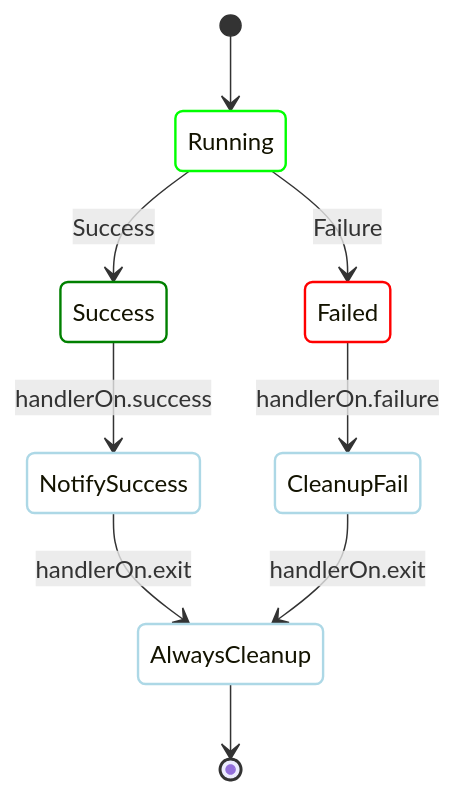
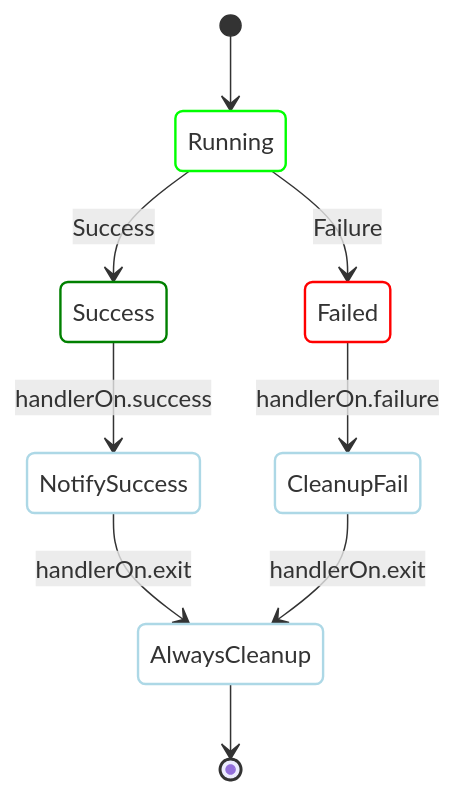
The seventh of 8 diagrams in docs-next/writing-workflows/examples/index.md (dagu-org/dagu), drawn with Mermaid before and after one commit. The commit also changed other lines of this file and 4 other files, not shown here.

````diff
--- a/docs-next/writing-workflows/examples/index.md
+++ b/docs-next/writing-workflows/examples/index.md
@@ -384,21 +384,21 @@
 ```mermaid
 stateDiagram-v2
     [*] --> Running
     Running --> Success: Success
     Running --> Failed: Failure
     Success --> NotifySuccess: handlerOn.success
     Failed --> CleanupFail: handlerOn.failure
     NotifySuccess --> AlwaysCleanup: handlerOn.exit
     CleanupFail --> AlwaysCleanup: handlerOn.exit
     AlwaysCleanup --> [*]
     
-    classDef running fill:white,stroke:lime,stroke-width:1.6px
-    classDef success fill:white,stroke:green,stroke-width:1.6px
-    classDef failed fill:white,stroke:red,stroke-width:1.6px
-    classDef handler fill:white,stroke:lightblue,stroke-width:1.6px
+    classDef running fill:white,stroke:lime,stroke-width:1.6px,color:#333
+    classDef success fill:white,stroke:green,stroke-width:1.6px,color:#333
+    classDef failed fill:white,stroke:red,stroke-width:1.6px,color:#333
+    classDef handler fill:white,stroke:lightblue,stroke-width:1.6px,color:#333
     
     class Running running
     class Success success
     class Failed failed
     class NotifySuccess,CleanupFail,AlwaysCleanup handler
 ```
````
